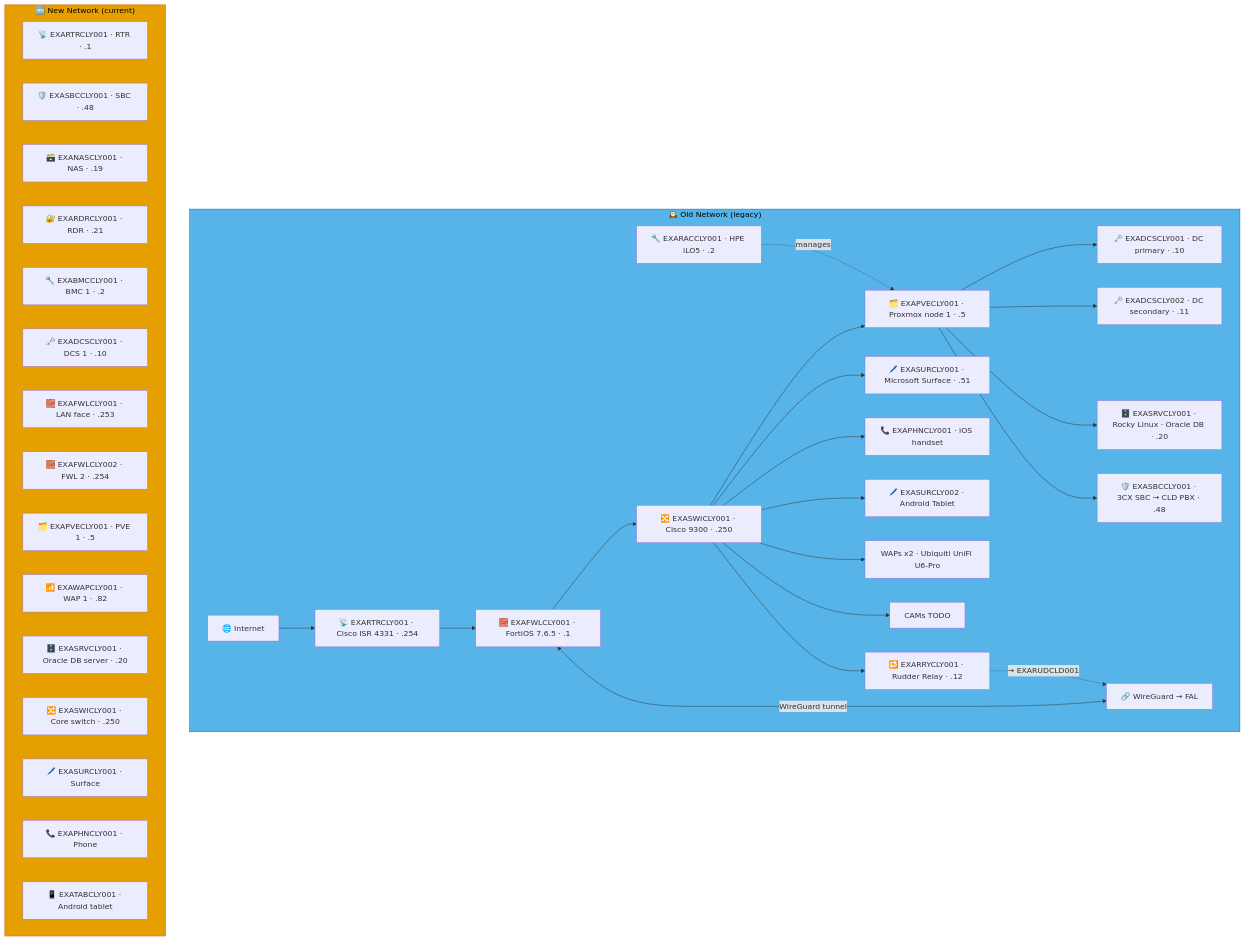
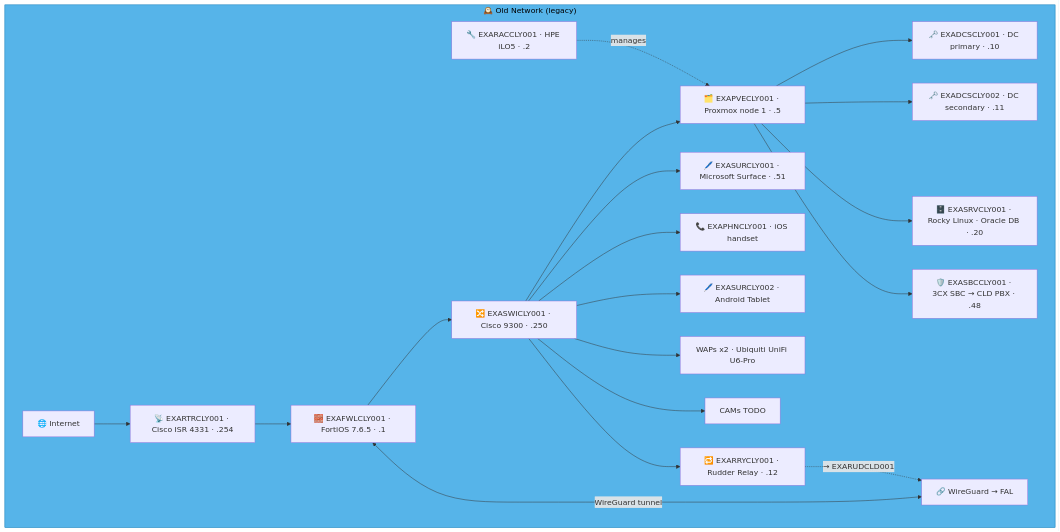
The seventh of 14 diagrams in docs/network-diagram/scotland.md (knightmare2600/example_music_infra), drawn with Mermaid before and after one commit. The commit also changed other lines of this file and 35 other files, not shown here.

````diff
--- a/docs/network-diagram/scotland.md
+++ b/docs/network-diagram/scotland.md
@@ -299,52 +331,32 @@
 ```mermaid
 graph TD
     subgraph OLD_CLY ["🕰️ Old Network (legacy)"]
       INET["🌐 Internet"]
       FWL["🧱 EXAFWLCLY001 · FortiOS 7.6.5 · .1"]
       RTR["📡 EXARTRCLY001 · Cisco ISR 4331 · .254"]
       SW["🔀 EXASWICLY001 · Cisco 9300 · .250"]
       RAC["🔧 EXARACCLY001 · HPE iLO5 · .2"]
       PVE["🗂️ EXAPVECLY001 · Proxmox node 1 · .5"]
       DC1["🗝️ EXADCSCLY001 · DC primary · .10"]
       DC2["🗝️ EXADCSCLY002 · DC secondary · .11"]
       SRV["🗄️ EXASRVCLY001 · Rocky Linux · Oracle DB · .20"]
       SBC["🛡️ EXASBCCLY001 · 3CX SBC → CLD PBX · .48"]
       RRY["🔁 EXARRYCLY001 · Rudder Relay · .12"]
       SUR["🖊️ EXASURCLY001 · Microsoft Surface · .51"]
       PHN["📞 EXAPHNCLY001 · iOS handset"]
       TAB["🖊️ EXASURCLY002 · Android Tablet"]
       WAP["WAPs x2 · Ubiquiti UniFi U6-Pro"]
       CAM["CAMs TODO"]
       VPN["🔗 WireGuard → FAL"]
 
       INET --> RTR --> FWL --> SW
       SW --> PVE --> DC1 & DC2 & SRV & SBC
       RAC -.->|"manages"| PVE
       SW --> SUR & PHN & TAB & WAP & CAM
       FWL <-->|"WireGuard tunnel"| VPN
 
       SW --> RRY
       RRY -. "→ EXARUDCLD001" .-> VPN
     end
     style OLD_CLY fill:#56B4E9,stroke:#0072B2,color:#000000
-    %% GENERATED:NEW-NETWORK:CLY:START
-    subgraph NEW_CLY ["🆕 New Network (current)"]
-      N_RTR["📡 EXARTRCLY001 · RTR · .1"]
-      N_SBC["🛡️ EXASBCCLY001 · SBC · .48"]
-      N_NAS["🗃️ EXANASCLY001 · NAS · .19"]
-      N_RDR["🔐 EXARDRCLY001 · RDR · .21"]
-      N_BMC["🔧 EXABMCCLY001 · BMC 1 · .2"]
-      N_DCS["🗝️ EXADCSCLY001 · DCS 1 · .10"]
-      N_FWL["🧱 EXAFWLCLY001 · LAN face · .253"]
-      N_FWL2["🧱 EXAFWLCLY002 · FWL 2 · .254"]
-      N_PVE["🗂️ EXAPVECLY001 · PVE 1 · .5"]
-      N_WAP["📶 EXAWAPCLY001 · WAP 1 · .82"]
-      N_SRV["🗄️ EXASRVCLY001 · Oracle DB server · .20"]
-      N_SWI["🔀 EXASWICLY001 · Core switch · .250"]
-      N_SUR["🖊️ EXASURCLY001 · Surface"]
-      N_PHN["📞 EXAPHNCLY001 · Phone"]
-      N_TAB["📱 EXATABCLY001 · Android tablet"]
-    end
-    style NEW_CLY fill:#E69F00,stroke:#D55E00,color:#000000
-    %% GENERATED:NEW-NETWORK:CLY:END
 ```
````
